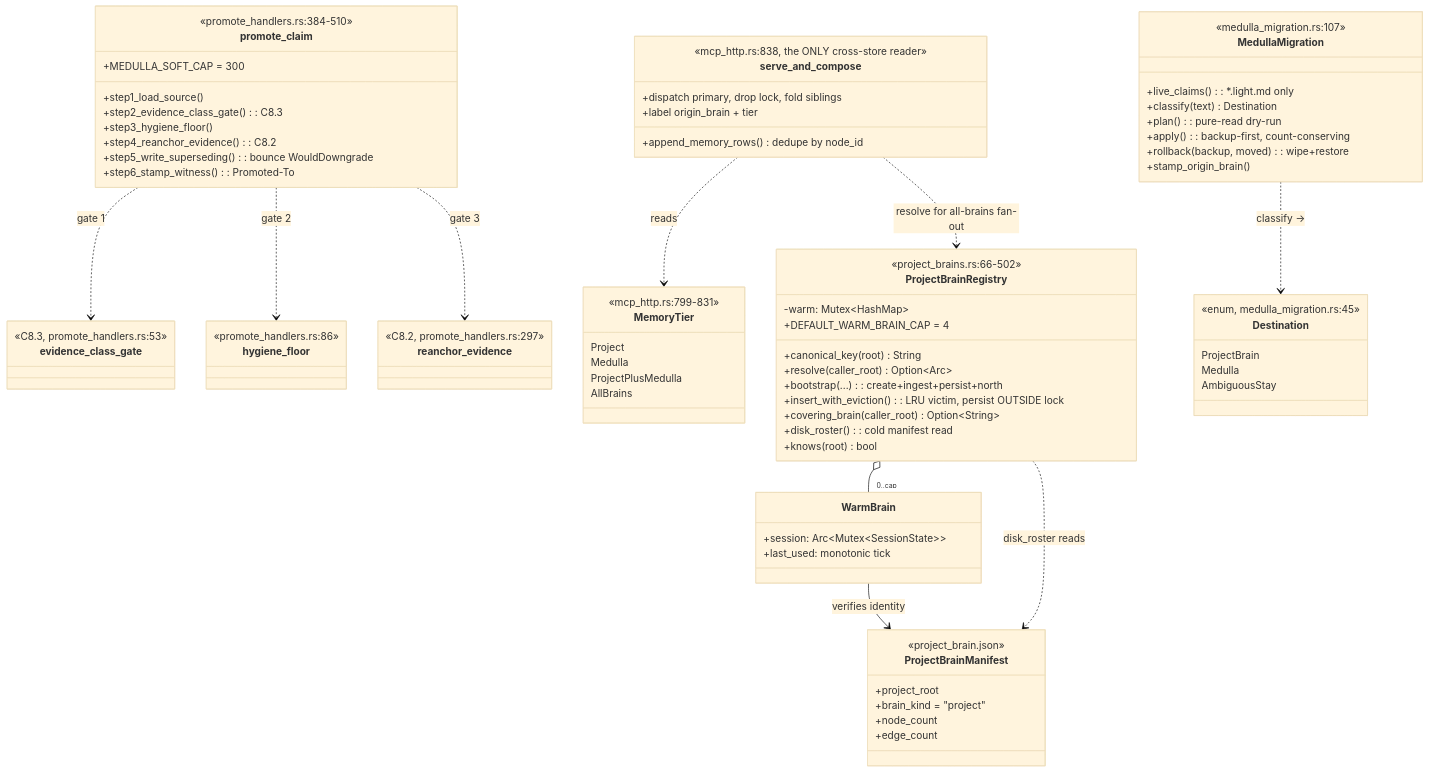
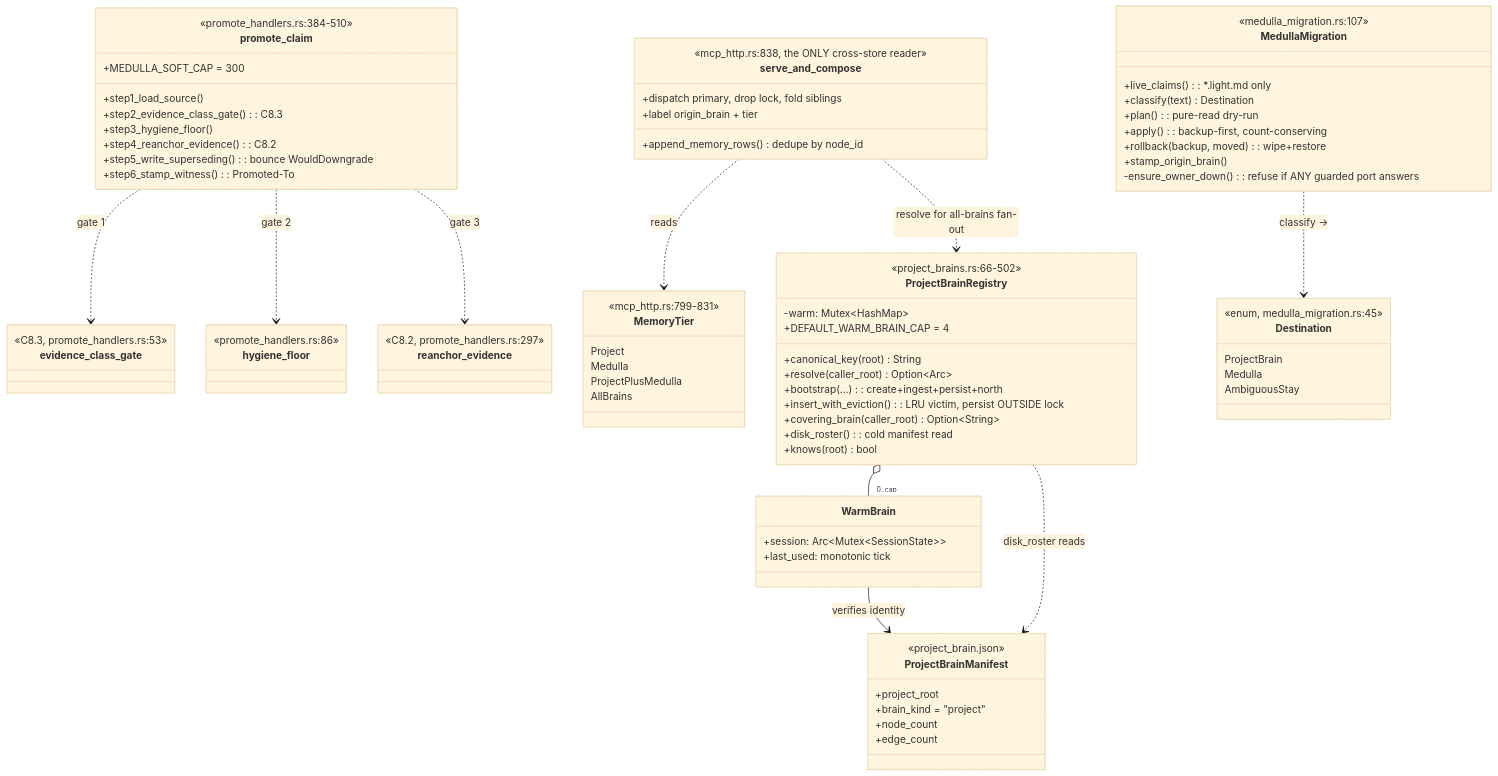
Before and after one commit to maxkle1nz/m1nd: the first of 5 diagrams in docs/uml/medulla.md, drawn with Mermaid (base theme). The commit also changed 5 other files, not shown here.

```diff
--- a/docs/uml/medulla.md
+++ b/docs/uml/medulla.md
@@ -69,6 +69,8 @@
         +apply() : backup-first, count-conserving
         +rollback(backup, moved) : wipe+restore
         +stamp_origin_brain()
+        -ensure_owner_down() : refuse if ANY guarded port answers
+        %% guard set = product default 1337 (cli::DEFAULT_SERVED_OWNER_PORT) + pinned 1338
     }
 
     class Destination {
```
